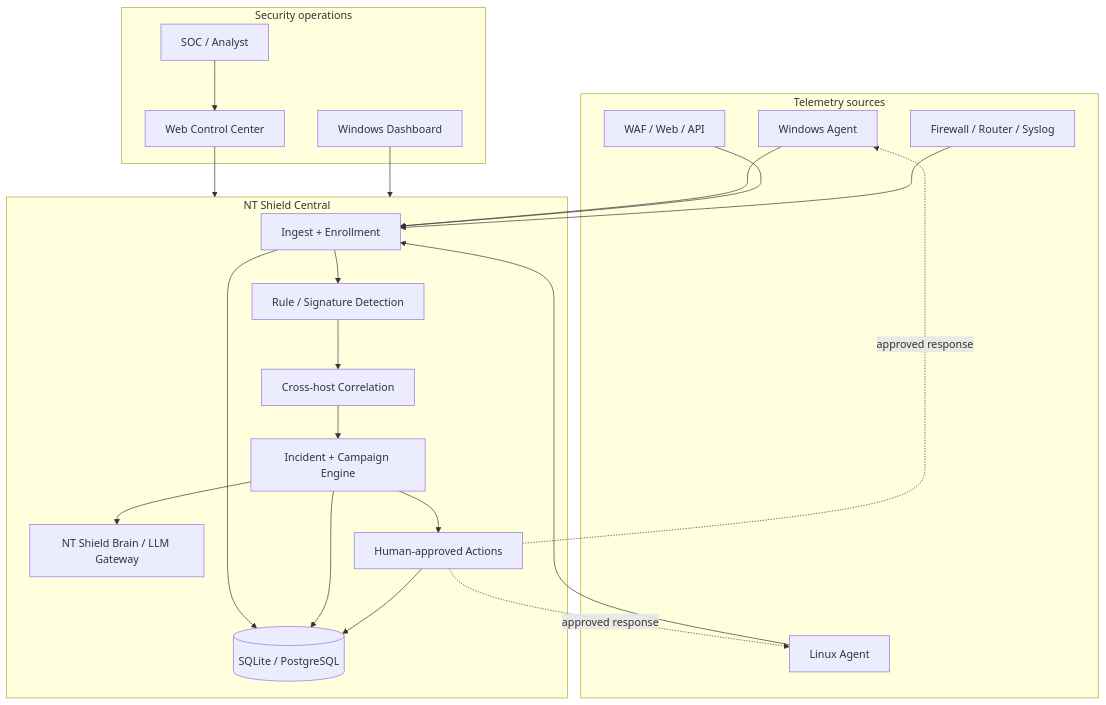
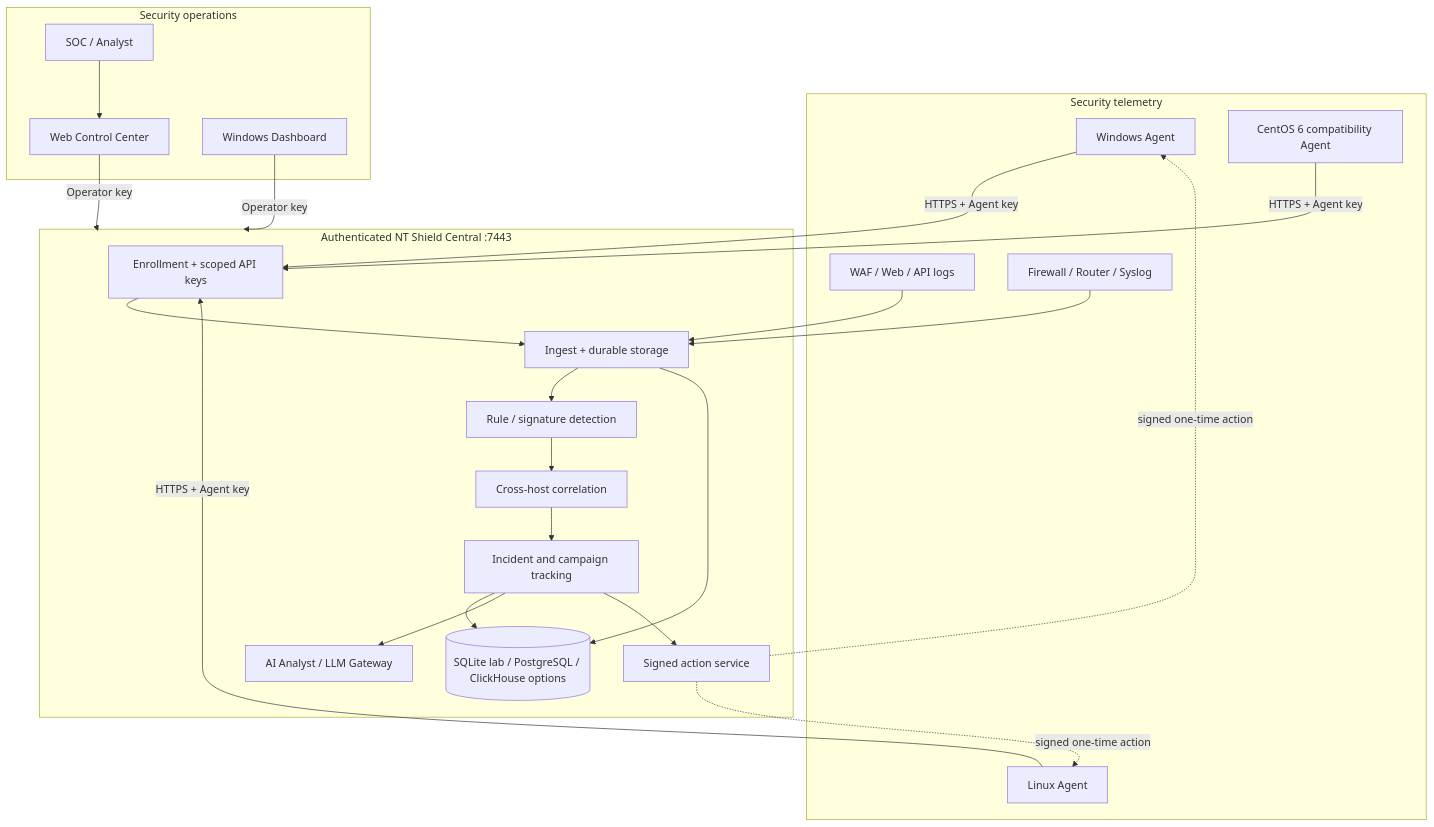
Before and after one commit to paddman/Shield: the third of 4 diagrams in README.md, drawn with Mermaid. The commit also changed other lines of this file and 32 other files, not shown here.

First line of the commit message:
security: harden NT Shield control plane and signed response flow (v1.3.1)

````diff
--- a/README.md
+++ b/README.md
@@ -86,42 +157,45 @@
 ```mermaid
 flowchart TB
-  subgraph SOURCES["Telemetry sources"]
+  subgraph SOURCES["Security telemetry"]
     WIN[Windows Agent]
     LIN[Linux Agent]
-    WAF[WAF / Web / API]
+    LEG[CentOS 6 compatibility Agent]
+    WAF[WAF / Web / API logs]
     SYS[Firewall / Router / Syslog]
   end
 
-  subgraph CENTRAL["NT Shield Central"]
-    ING[Ingest + Enrollment]
-    RULE[Rule / Signature Detection]
-    CORR[Cross-host Correlation]
-    INC[Incident + Campaign Engine]
-    LLM[NT Shield Brain / LLM Gateway]
-    ACT[Human-approved Actions]
-    DB[(SQLite / PostgreSQL)]
+  subgraph CENTRAL["Authenticated NT Shield Central :7443"]
+    AUTH[Enrollment + scoped API keys]
+    ING[Ingest + durable storage]
+    DET[Rule / signature detection]
+    CORR[Cross-host correlation]
+    INC[Incident and campaign tracking]
+    ACT[Signed action service]
+    LLM[AI Analyst / LLM Gateway]
+    DB[(SQLite lab / PostgreSQL / ClickHouse options)]
 
-    ING --> RULE --> CORR --> INC
+    AUTH --> ING
+    ING --> DET --> CORR --> INC
+    ING --> DB
+    INC --> DB
     INC --> LLM
     INC --> ACT
-    ING --> DB
-    INC --> DB
-    ACT --> DB
   end
 
-  subgraph OPS["Security operations"]
+  subgraph OPERATIONS["Security operations"]
     WEB[Web Control Center]
     WPF[Windows Dashboard]
     SOC[SOC / Analyst]
   end
 
-  WIN --> ING
-  LIN --> ING
+  WIN -->|HTTPS + Agent key| AUTH
+  LIN -->|HTTPS + Agent key| AUTH
+  LEG -->|HTTPS + Agent key| AUTH
   WAF --> ING
   SYS --> ING
-  WEB --> CENTRAL
-  WPF --> CENTRAL
+  WEB -->|Operator key| CENTRAL
+  WPF -->|Operator key| CENTRAL
   SOC --> WEB
-  ACT -. approved response .-> WIN
-  ACT -. approved response .-> LIN
+  ACT -. signed one-time action .-> WIN
+  ACT -. signed one-time action .-> LIN
 ```
````
